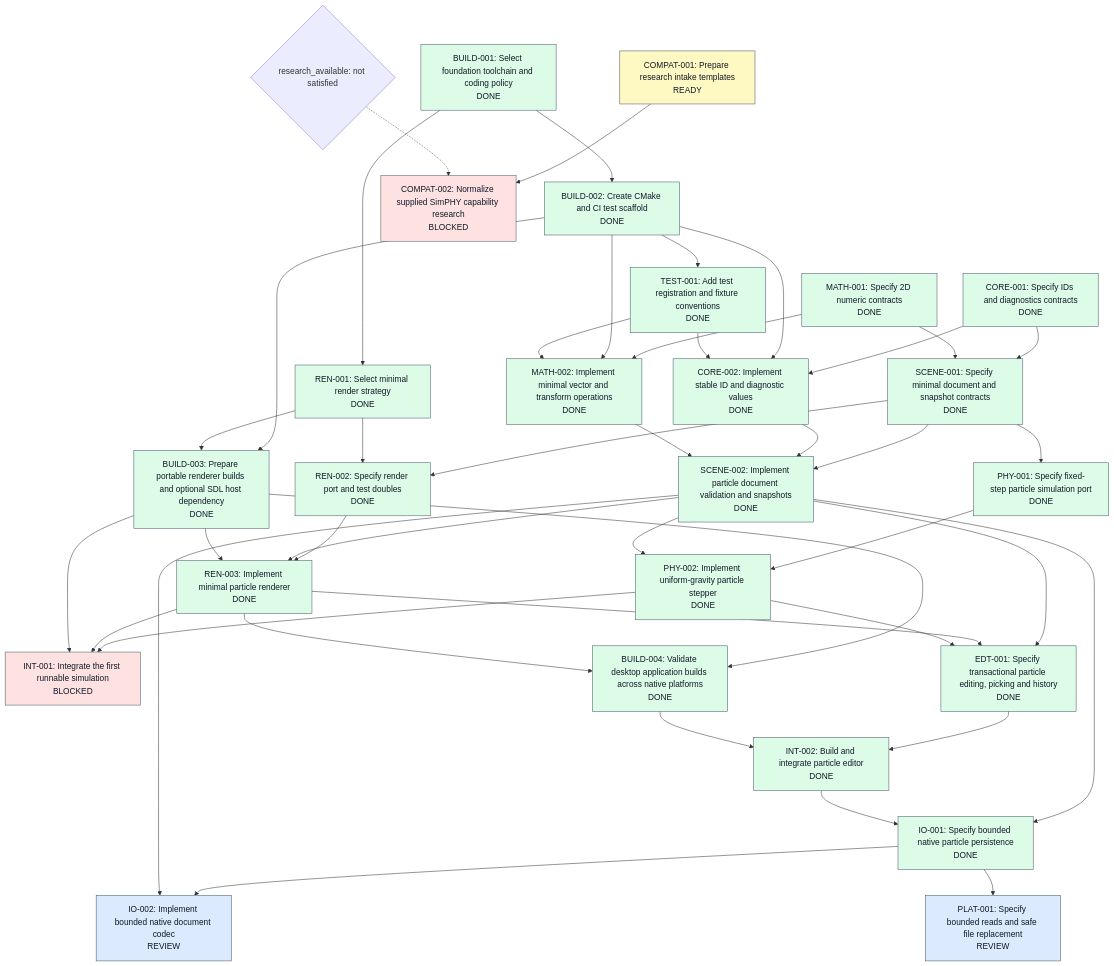
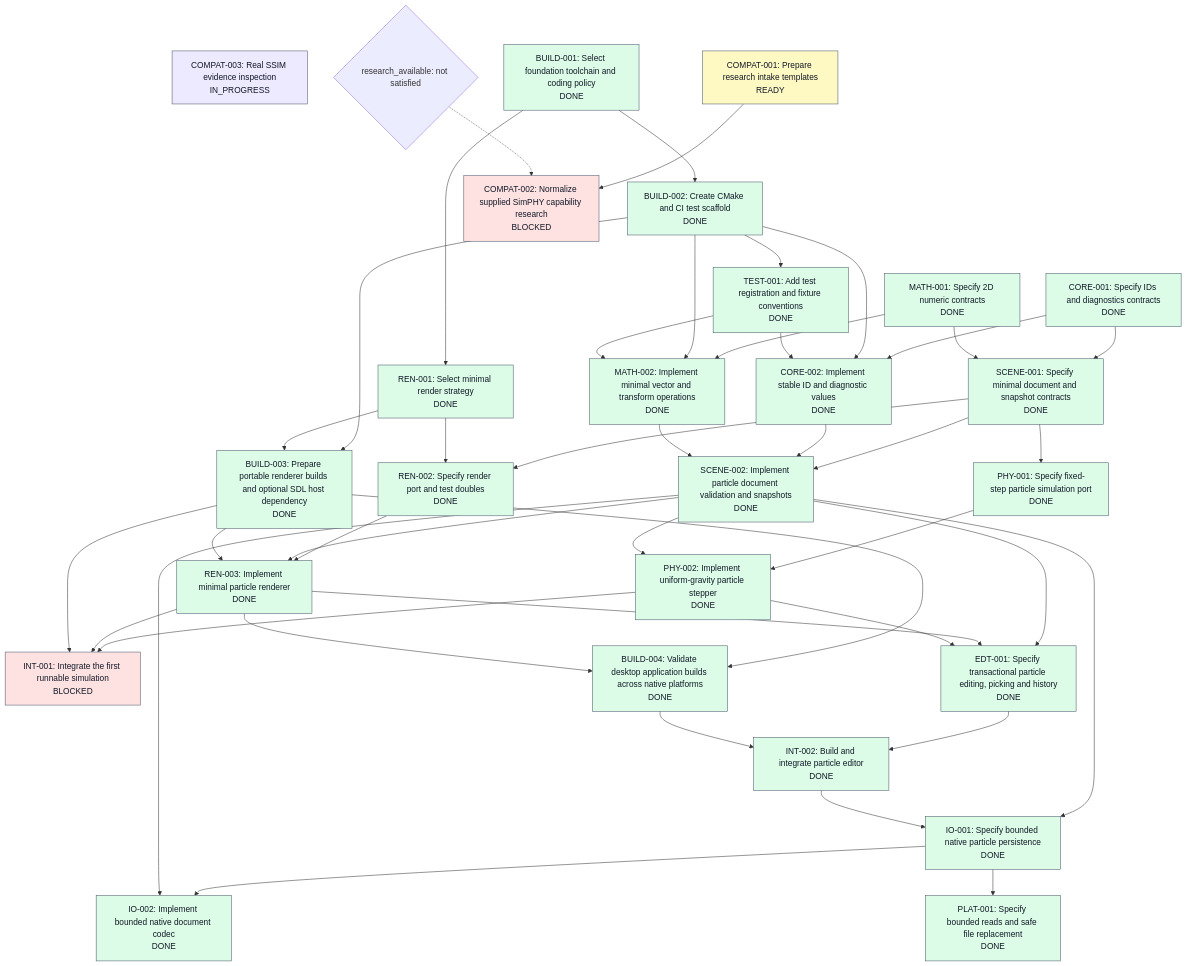
One commit to JnJarvis/open-simphy changed the first of 2 diagrams in tasks/graph.md. Above: the diagram before and after it, drawn with Mermaid. The commit also changed other lines of this file and 2 other files, not shown here.

Commit message:
Record approved codec and file contract completion

````diff
--- a/tasks/graph.md
+++ b/tasks/graph.md
@@ -15,78 +15,80 @@
 ```mermaid
 flowchart TD
+  COMPAT_003["COMPAT-003: Real SSIM evidence inspection<br/>IN_PROGRESS"]
+  class COMPAT_003 IN_PROGRESS
   BUILD_001["BUILD-001: Select foundation toolchain and coding policy<br/>DONE"]
   CORE_001["CORE-001: Specify IDs and diagnostics contracts<br/>DONE"]
   MATH_001["MATH-001: Specify 2D numeric contracts<br/>DONE"]
   REN_001["REN-001: Select minimal render strategy<br/>DONE"]
   COMPAT_001["COMPAT-001: Prepare research intake templates<br/>READY"]
   BUILD_002["BUILD-002: Create CMake and CI test scaffold<br/>DONE"]
   TEST_001["TEST-001: Add test registration and fixture conventions<br/>DONE"]
   CORE_002["CORE-002: Implement stable ID and diagnostic values<br/>DONE"]
   MATH_002["MATH-002: Implement minimal vector and transform operations<br/>DONE"]
   SCENE_001["SCENE-001: Specify minimal document and snapshot contracts<br/>DONE"]
   PHY_001["PHY-001: Specify fixed-step particle simulation port<br/>DONE"]
   REN_002["REN-002: Specify render port and test doubles<br/>DONE"]
   SCENE_002["SCENE-002: Implement particle document validation and snapshots<br/>DONE"]
   PHY_002["PHY-002: Implement uniform-gravity particle stepper<br/>DONE"]
   REN_003["REN-003: Implement minimal particle renderer<br/>DONE"]
   INT_001["INT-001: Integrate the first runnable simulation<br/>BLOCKED"]
   COMPAT_002["COMPAT-002: Normalize supplied SimPHY capability research<br/>BLOCKED"]
   BUILD_003["BUILD-003: Prepare portable renderer builds and optional SDL host dependency<br/>DONE"]
   BUILD_004["BUILD-004: Validate desktop application builds across native platforms<br/>DONE"]
   EDT_001["EDT-001: Specify transactional particle editing, picking and history<br/>DONE"]
   INT_002["INT-002: Build and integrate particle editor<br/>DONE"]
   IO_001["IO-001: Specify bounded native particle persistence<br/>DONE"]
-  IO_002["IO-002: Implement bounded native document codec<br/>REVIEW"]
-  PLAT_001["PLAT-001: Specify bounded reads and safe file replacement<br/>REVIEW"]
+  IO_002["IO-002: Implement bounded native document codec<br/>DONE"]
+  PLAT_001["PLAT-001: Specify bounded reads and safe file replacement<br/>DONE"]
   BUILD_001 --> REN_001
   BUILD_001 --> BUILD_002
   BUILD_002 --> TEST_001
   CORE_001 --> CORE_002
   BUILD_002 --> CORE_002
   TEST_001 --> CORE_002
   MATH_001 --> MATH_002
   BUILD_002 --> MATH_002
   TEST_001 --> MATH_002
   CORE_001 --> SCENE_001
   MATH_001 --> SCENE_001
   SCENE_001 --> PHY_001
   SCENE_001 --> REN_002
   REN_001 --> REN_002
   SCENE_001 --> SCENE_002
   CORE_002 --> SCENE_002
   MATH_002 --> SCENE_002
   PHY_001 --> PHY_002
   SCENE_002 --> PHY_002
   REN_002 --> REN_003
   SCENE_002 --> REN_003
   BUILD_003 --> REN_003
   PHY_002 --> INT_001
   REN_003 --> INT_001
   BUILD_003 --> INT_001
   COMPAT_001 --> COMPAT_002
   BUILD_002 --> BUILD_003
   REN_001 --> BUILD_003
   BUILD_003 --> BUILD_004
   REN_003 --> BUILD_004
   SCENE_002 --> EDT_001
   REN_003 --> EDT_001
   PHY_002 --> EDT_001
   EDT_001 --> INT_002
   BUILD_004 --> INT_002
   SCENE_002 --> IO_001
   INT_002 --> IO_001
   IO_001 --> IO_002
   SCENE_002 --> IO_002
   IO_001 --> PLAT_001
   gate_research_available{"research_available: not satisfied"}
   gate_research_available -.-> COMPAT_002
   classDef DONE fill:#dcfce7,stroke:#475569,color:#111827
   class BUILD_001,CORE_001,MATH_001,REN_001,BUILD_002,TEST_001,CORE_002,MATH_002,SCENE_001,PHY_001,REN_002,SCENE_002,PHY_002,REN_003,BUILD_003,BUILD_004,EDT_001,INT_002,IO_001 DONE
   classDef REVIEW fill:#dbeafe,stroke:#475569,color:#111827
-  class IO_002,PLAT_001 REVIEW
+  class IO_002,PLAT_001 DONE
   classDef READY fill:#fef9c3,stroke:#475569,color:#111827
   class COMPAT_001 READY
   classDef BLOCKED fill:#fee2e2,stroke:#475569,color:#111827
   class INT_001,COMPAT_002 BLOCKED
   classDef IN_PROGRESS fill:#ede9fe,stroke:#475569,color:#111827
 ```
````
